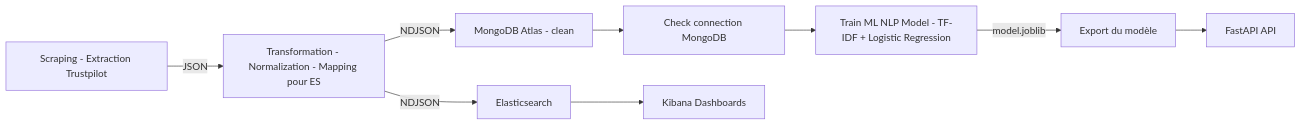
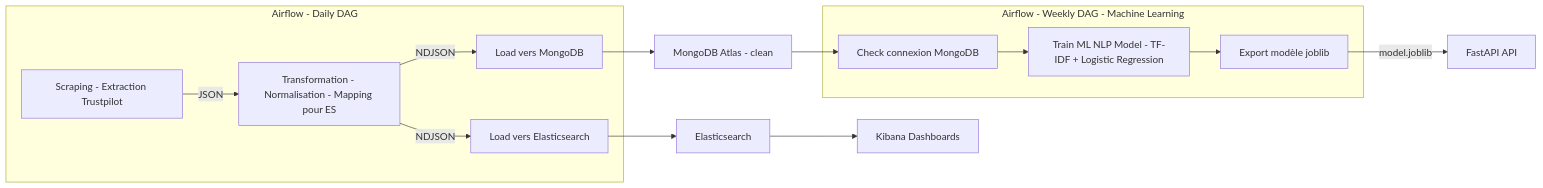
The diagram in README.md (AbderraoufBou14/trustpilot-sentiment-data-pipeline), drawn with Mermaid before and after one commit.

Commit message:
Enhance README with architecture diagrams and services
Added detailed architecture diagrams for daily and weekly DAGs in Airflow, including data flow and services.

````diff
--- a/README.md
+++ b/README.md
@@ -27,16 +27,34 @@
 ```mermaid
 flowchart LR
     %% --- Daily DAG ---
-    A1[Scraping - Extraction Trustpilot] --> |JSON| A2[Transformation - Normalization - Mapping pour ES]
-    A2 --> |NDJSON| B1[MongoDB Atlas - clean]
-    A2 --> |NDJSON| B2[Elasticsearch]
+    subgraph D[Airflow - Daily DAG]
+        D1[Scraping - Extraction Trustpilot]
+        D2[Transformation - Normalisation - Mapping pour ES]
+        D3[Load vers MongoDB]
+        D4[Load vers Elasticsearch]
+        D1 --> |JSON| D2
+        D2 --> |NDJSON| D3
+        D2 --> |NDJSON| D4
+    end
 
     %% --- Weekly DAG ---
-    B1 --> C1[Check connection MongoDB]
-    C1 --> C2[Train ML NLP Model - TF-IDF + Logistic Regression]
-    C2 --> |model.joblib| C3[Export du modèle]
+    subgraph W[Airflow - Weekly DAG - Machine Learning]
+        W1[Check connexion MongoDB]
+        W2[Train ML NLP Model - TF-IDF + Logistic Regression]
+        W3[Export modèle joblib]
+        W1 --> W2 --> W3
+    end
 
-    %% --- Services ---
-    C3 --> D1[FastAPI API]
-    B2 --> D2[Kibana Dashboards]
+    %% --- Bases et services ---
+    M[MongoDB Atlas - clean]
+    E[Elasticsearch]
+    G[FastAPI API]
+    K[Kibana Dashboards]
+
+    %% --- Flux de données ---
+    D3 --> M
+    D4 --> E
+    M --> W1
+    W3 --> |model.joblib| G
+    E --> K
 ```
````
